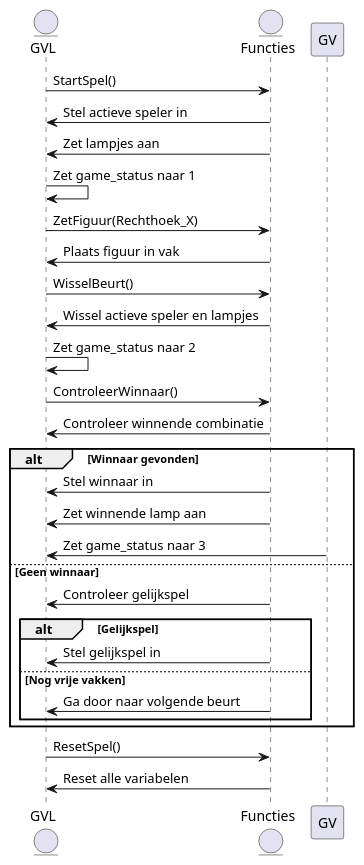
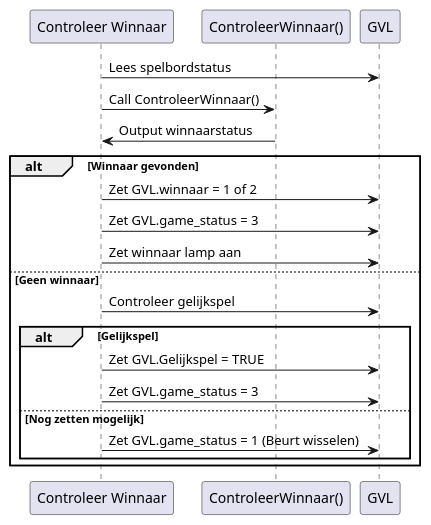
Before and after one commit to JurOtten/Proces-Safety: the diagram in src/Sequence_Diagram_for_Function_Calling.md, drawn with PlantUML. The commit also changed other lines of this file and 3 other files, not shown here.

Commit message:
-Task diagram opnieuw herzien en aangepast v2 -Function diagram opnieuw herzien aanpgepast v2 -Task state diagrammen opnieuw herzien en aangepast

````diff
--- a/src/Sequence_Diagram_for_Function_Calling.md
+++ b/src/Sequence_Diagram_for_Function_Calling.md
@@ -3,39 +3,34 @@
 ```plantuml
 @startuml
-entity GVL
-entity Functies
 
-GVL -> Functies : StartSpel()
-Functies -> GVL : Stel actieve speler in
-Functies -> GVL : Zet lampjes aan
-GVL -> GVL : Zet game_status naar 1
+skinparam backgroundcolor transparent
 
-GVL -> Functies : ZetFiguur(Rechthoek_X)
-Functies -> GVL : Plaats figuur in vak
-GVL -> Functies : WisselBeurt()
-Functies -> GVL : Wissel actieve speler en lampjes
-GVL -> GVL : Zet game_status naar 2
+participant Task3 as "Controleer Winnaar"
+participant Function as "ControleerWinnaar()"
+participant GVL
 
-GVL -> Functies : ControleerWinnaar()
-Functies -> GVL : Controleer winnende combinatie
+Task3 -> GVL : Lees spelbordstatus
+Task3 -> Function : Call ControleerWinnaar()
+
+Function -> Task3 : Output winnaarstatus
+
 alt Winnaar gevonden
-    Functies -> GVL : Stel winnaar in
-    Functies -> GVL : Zet winnende lamp aan
-    GV -> GVL : Zet game_status naar 3
+    Task3 -> GVL : Zet GVL.winnaar = 1 of 2
+    Task3 -> GVL : Zet GVL.game_status = 3
+    Task3 -> GVL : Zet winnaar lamp aan
 else Geen winnaar
-    Functies -> GVL : Controleer gelijkspel
+    Task3 -> GVL : Controleer gelijkspel
     alt Gelijkspel
-        Functies -> GVL : Stel gelijkspel in
-    else Nog vrije vakken
-        Functies -> GVL : Ga door naar volgende beurt
+        Task3 -> GVL : Zet GVL.Gelijkspel = TRUE
+        Task3 -> GVL : Zet GVL.game_status = 3
+    else Nog zetten mogelijk
+        Task3 -> GVL : Zet GVL.game_status = 1 (Beurt wisselen)
     end
 end
-
-GVL -> Functies : ResetSpel()
-Functies -> GVL : Reset alle variabelen
 
 @enduml
 
 
 
+
 ```
````
